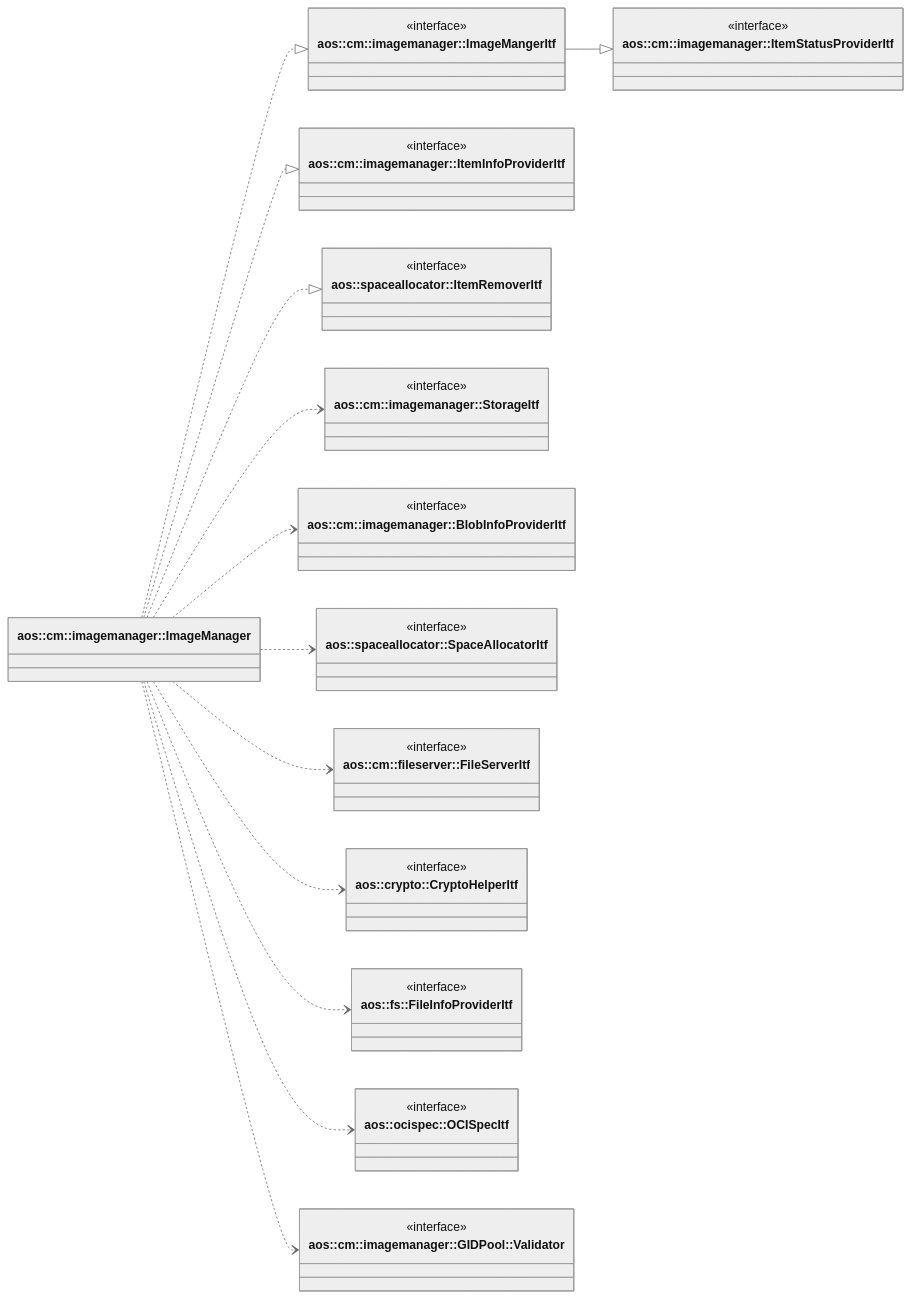
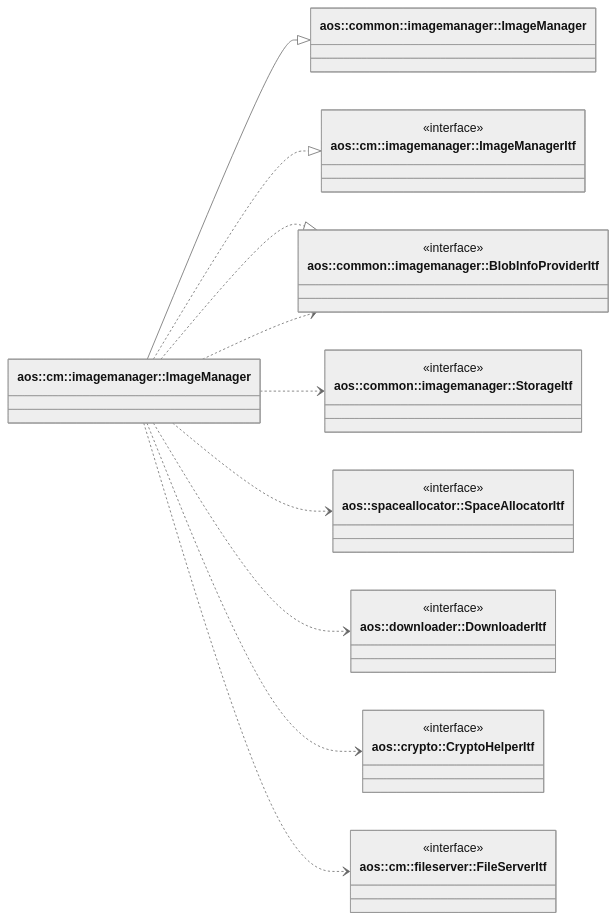
One commit to aosedge/aos_core_lib_cpp changed the diagram in src/core/cm/imagemanager/imagemanager.md. Above: the diagram before and after it, drawn with Mermaid (neutral theme). The commit also changed other lines of this file and 1 other file, not shown here.

Commit message:
cm: imagemanager: update module documentation

````diff
--- a/src/core/cm/imagemanager/imagemanager.md
+++ b/src/core/cm/imagemanager/imagemanager.md
@@ -24,70 +37,49 @@
 ```mermaid
 classDiagram
     direction LR
 
     class ImageManager ["aos::cm::imagemanager::ImageManager"] {
     }
 
-    class ImageManagerItf ["aos::cm::imagemanager::ImageMangerItf"] {
+    class CommonImageManager ["aos::common::imagemanager::ImageManager"] {
+    }
+
+    class ImageManagerItf ["aos::cm::imagemanager::ImageManagerItf"] {
         <<interface>>
     }
 
-    class ItemStatusProviderItf ["aos::cm::imagemanager::ItemStatusProviderItf"] {
+    class BlobInfoProviderItf ["aos::common::imagemanager::BlobInfoProviderItf"] {
         <<interface>>
     }
 
-    class ItemInfoProviderItf ["aos::cm::imagemanager::ItemInfoProviderItf"] {
-        <<interface>>
-    }
-
-    class ItemRemoverItf ["aos::spaceallocator::ItemRemoverItf"] {
-        <<interface>>
-    }
-
-    class StorageItf ["aos::cm::imagemanager::StorageItf"] {
-        <<interface>>
-    }
-
-    class BlobInfoProviderItf ["aos::cm::imagemanager::BlobInfoProviderItf"] {
+    class StorageItf ["aos::common::imagemanager::StorageItf"] {
         <<interface>>
     }
 
     class SpaceAllocatorItf ["aos::spaceallocator::SpaceAllocatorItf"] {
         <<interface>>
     }
 
-    class FileServerItf ["aos::cm::fileserver::FileServerItf"] {
+    class DownloaderItf ["aos::downloader::DownloaderItf"] {
         <<interface>>
     }
 
     class CryptoHelperItf ["aos::crypto::CryptoHelperItf"] {
         <<interface>>
     }
 
-    class FileInfoProviderItf ["aos::fs::FileInfoProviderItf"] {
+    class FileServerItf ["aos::cm::fileserver::FileServerItf"] {
         <<interface>>
     }
 
-    class OCISpecItf ["aos::ocispec::OCISpecItf"] {
-        <<interface>>
-    }
+    ImageManager --|> CommonImageManager
+    ImageManager ..|> ImageManagerItf
+    ImageManager ..|> BlobInfoProviderItf
 
-    class GIDPoolValidator ["aos::cm::imagemanager::GIDPool::Validator"] {
-        <<interface>>
-    }
-
-    ImageManagerItf --|> ItemStatusProviderItf
-
-    ImageManager ..|> ImageManagerItf
-    ImageManager ..|> ItemInfoProviderItf
-    ImageManager ..|> ItemRemoverItf
-
+    ImageManager ..> BlobInfoProviderItf
     ImageManager ..> StorageItf
-    ImageManager ..> BlobInfoProviderItf
     ImageManager ..> SpaceAllocatorItf
+    ImageManager ..> DownloaderItf
+    ImageManager ..> CryptoHelperItf
     ImageManager ..> FileServerItf
-    ImageManager ..> CryptoHelperItf
-    ImageManager ..> FileInfoProviderItf
-    ImageManager ..> OCISpecItf
-    ImageManager ..> GIDPoolValidator
 ```
````
